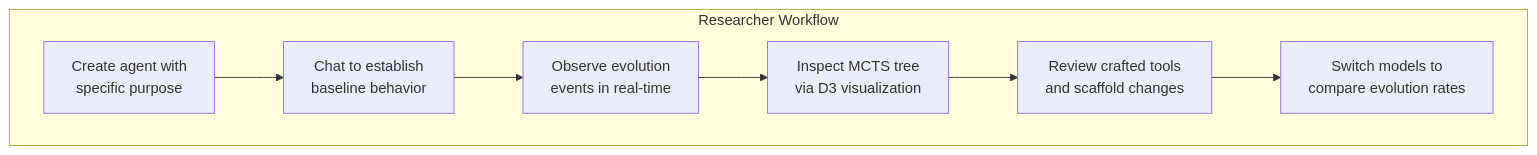
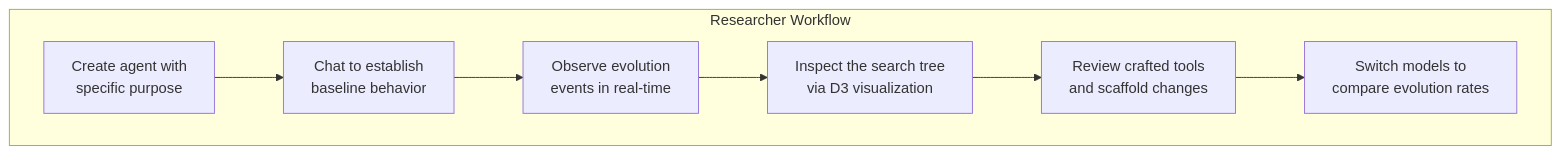
The second of 3 diagrams in docs/APPLICATIONS.md (AshishKumar4/Proteus), drawn with Mermaid before and after one commit. The commit also changed other lines of this file, not shown here.

````diff
--- a/docs/APPLICATIONS.md
+++ b/docs/APPLICATIONS.md
@@ -41,10 +41,10 @@
 ```mermaid
 graph TB
     subgraph "Researcher Workflow"
         R1[Create agent with<br/>specific purpose] --> R2[Chat to establish<br/>baseline behavior]
         R2 --> R3[Observe evolution<br/>events in real-time]
-        R3 --> R4[Inspect MCTS tree<br/>via D3 visualization]
+        R3 --> R4[Inspect the search tree<br/>via D3 visualization]
         R4 --> R5[Review crafted tools<br/>and scaffold changes]
         R5 --> R6[Switch models to<br/>compare evolution rates]
     end
 ```
````
